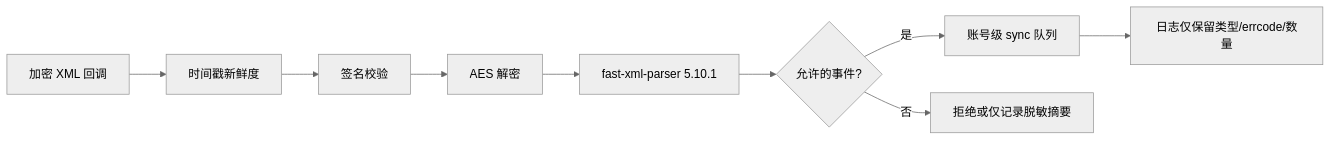
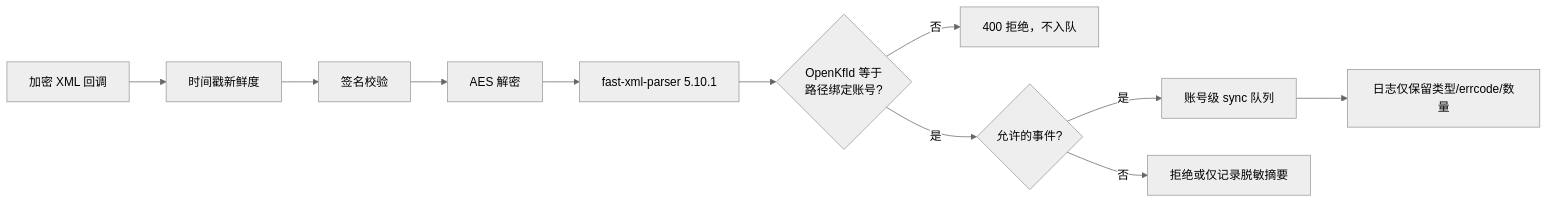
Before and after one commit to partme-ai/openclaw-plugins: the ninth of 9 diagrams in doc/wecom-kf/OpenClaw-WeCom-KF-Master-Architecture.md, drawn with Mermaid (neutral theme). The commit also changed other lines of this file and 259 other files, not shown here.

````diff
--- a/doc/wecom-kf/OpenClaw-WeCom-KF-Master-Architecture.md
+++ b/doc/wecom-kf/OpenClaw-WeCom-KF-Master-Architecture.md
@@ -720,11 +734,13 @@
 ```mermaid
 flowchart LR
   Callback[加密 XML 回调] --> Fresh[时间戳新鲜度]
   Fresh --> Sign[签名校验]
   Sign --> Decrypt[AES 解密]
   Decrypt --> Parse[fast-xml-parser 5.10.1]
-  Parse --> Allow{允许的事件?}
+  Parse --> Bound{OpenKfId 等于<br/>路径绑定账号?}
+  Bound -->|否| RejectAccount[400 拒绝，不入队]
+  Bound -->|是| Allow{允许的事件?}
   Allow -->|是| Queue[账号级 sync 队列]
-  Allow -->|否| Reject[拒绝或仅记录脱敏摘要]
+  Allow -->|否| RejectEvent[拒绝或仅记录脱敏摘要]
   Queue --> Audit[日志仅保留类型/errcode/数量]
 ```
````
